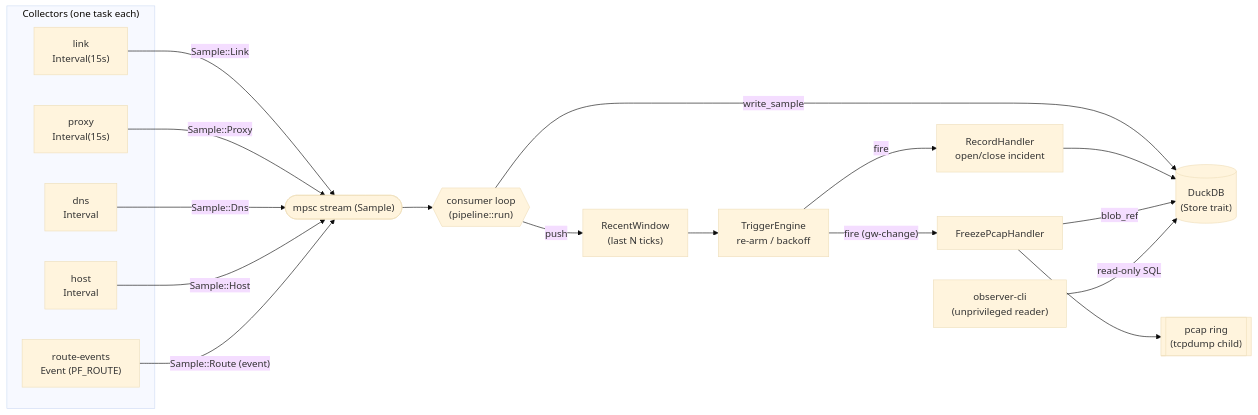
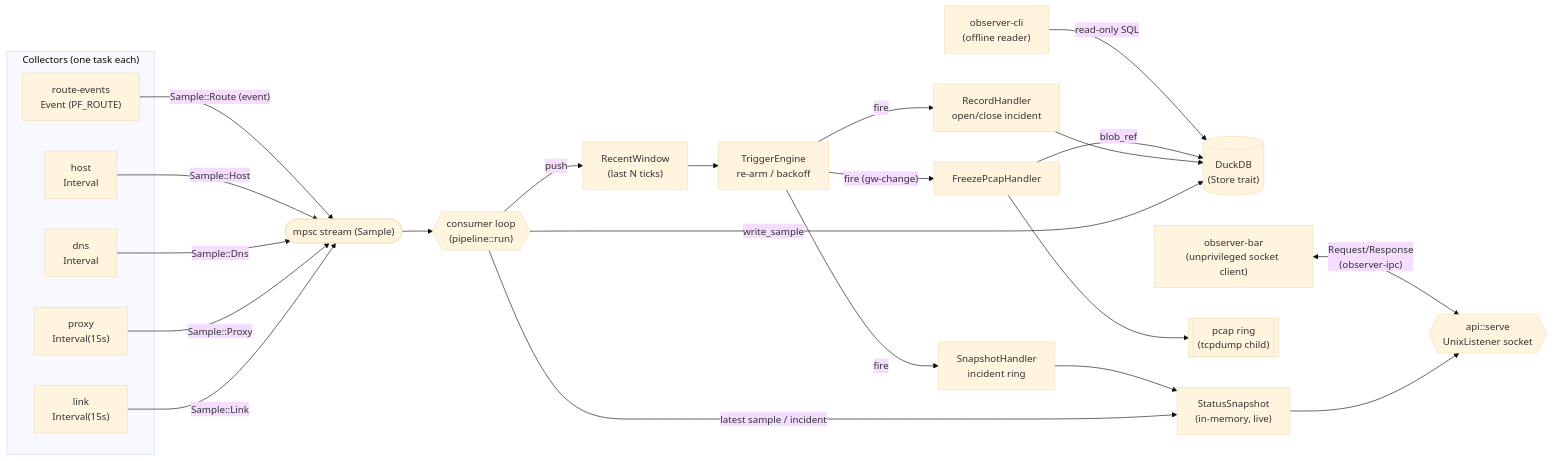
Before and after one commit to gurinderu/net-observer: the first of 3 diagrams in ARCHITECTURE.md, drawn with Mermaid (base theme). The commit also changed other lines of this file and 18 other files, not shown here.

Commit message:
feat(ipc): local socket API — observerd serves live StatusSnapshot; observer-bar is a pure socket client (no DuckDB)

````diff
--- a/ARCHITECTURE.md
+++ b/ARCHITECTURE.md
@@ -23,30 +23,35 @@
 ```mermaid
 flowchart LR
     subgraph collectors["Collectors (one task each)"]
         link["link\nInterval(15s)"]
         proxy["proxy\nInterval(15s)"]
         dns["dns\nInterval"]
         host["host\nInterval"]
         evt["route-events\nEvent (PF_ROUTE)"]
     end
 
     link -- "Sample::Link" --> stream
     proxy -- "Sample::Proxy" --> stream
     dns -- "Sample::Dns" --> stream
     host -- "Sample::Host" --> stream
     evt -- "Sample::Route (event)" --> stream
 
     stream(["mpsc stream (Sample)"]) --> consumer{{"consumer loop\n(pipeline::run)"}}
 
     consumer -->|write_sample| store[("DuckDB\n(Store trait)")]
+    consumer -->|"latest sample / incident"| snap["StatusSnapshot\n(in-memory, live)"]
     consumer -->|push| window["RecentWindow\n(last N ticks)"]
     window --> engine["TriggerEngine\nre-arm / backoff"]
 
     engine -->|fire| record["RecordHandler\nopen/close incident"]
+    engine -->|fire| snaph["SnapshotHandler\nincident ring"]
     engine -->|"fire (gw-change)"| freeze["FreezePcapHandler"]
     record --> store
+    snaph --> snap
     freeze --> ring[["pcap ring\n(tcpdump child)"]]
     freeze -->|blob_ref| store
 
-    cli["observer-cli\n(unprivileged reader)"] -->|read-only SQL| store
+    snap --> apisrv{{"api::serve\nUnixListener socket"}}
+    bar["observer-bar\n(unprivileged socket client)"] <-->|"Request/Response\n(observer-ipc)"| apisrv
+    cli["observer-cli\n(offline reader)"] -->|read-only SQL| store
 ```
````
